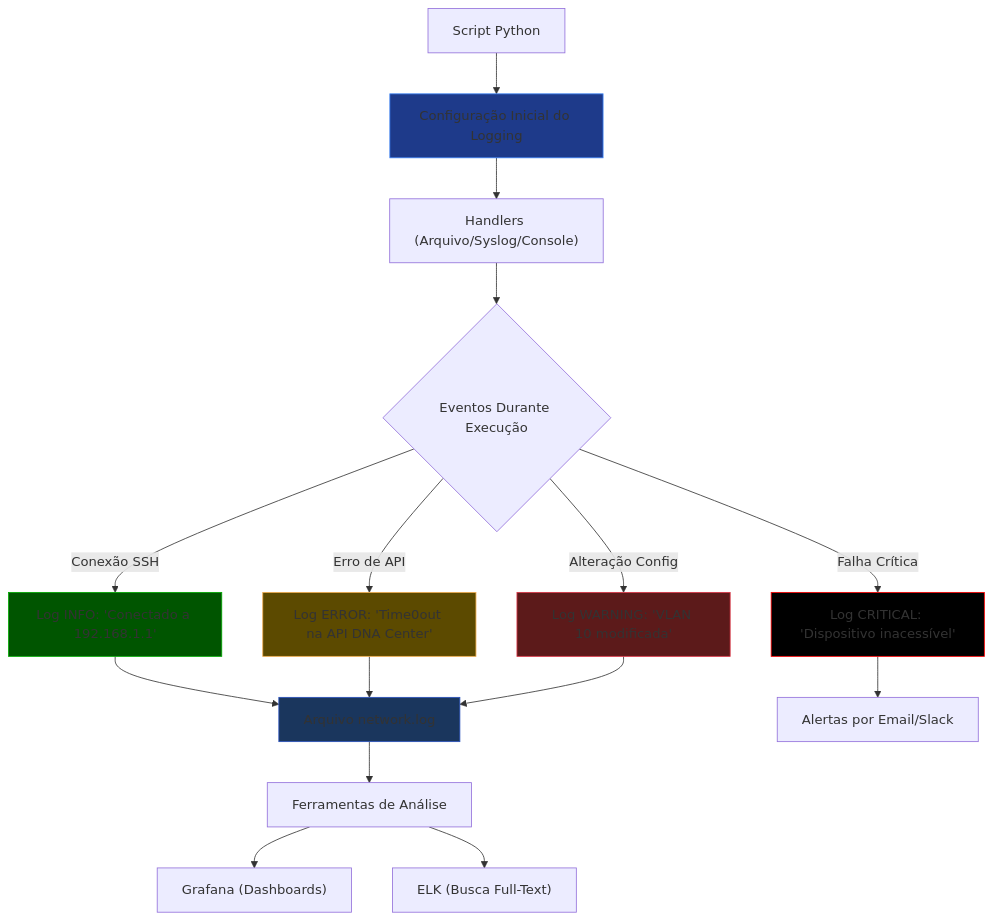
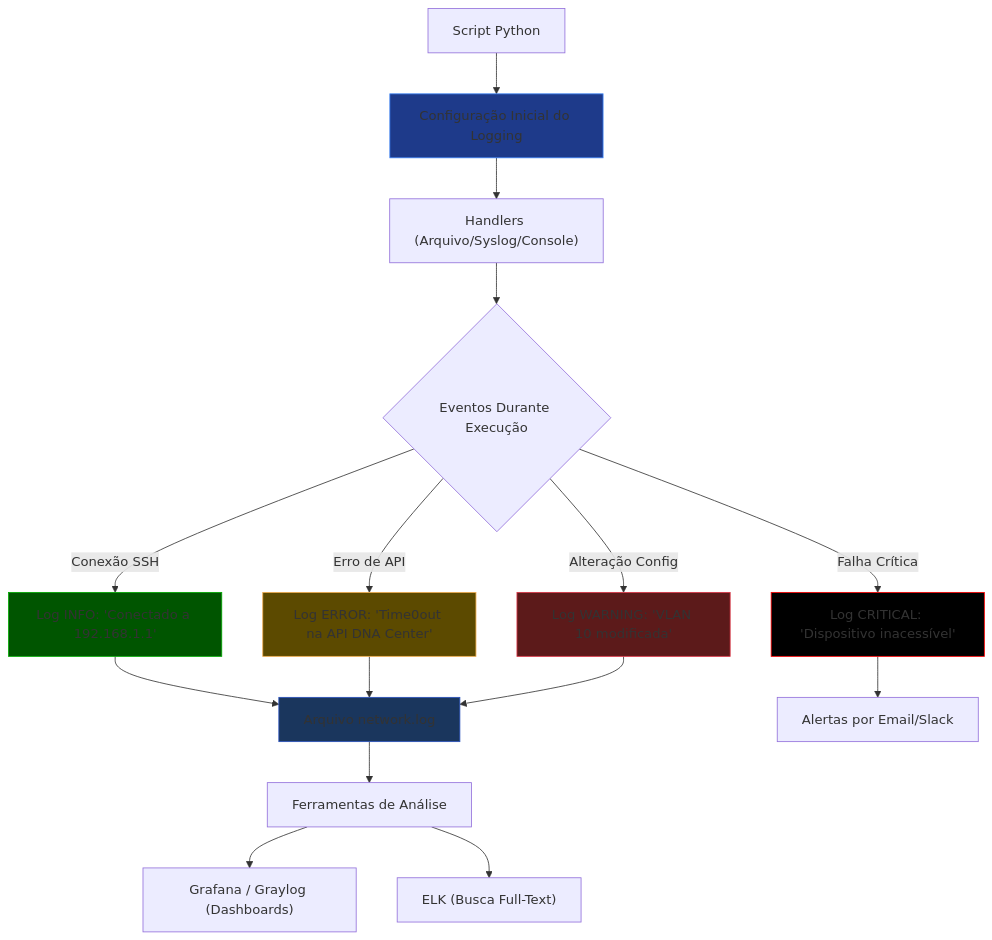
One commit to alcancil/Cisco changed the first of 2 diagrams in CCNP 350-401 ENCOR/06 - Automation/17- Python - Basico 12 - Logging/README.md. Above: the diagram before and after it, drawn with Mermaid. The commit also changed other lines of this file, not shown here.

````diff
--- a/CCNP 350-401 ENCOR/06 - Automation/17- Python - Basico 12 - Logging/README.md
+++ b/CCNP 350-401 ENCOR/06 - Automation/17- Python - Basico 12 - Logging/README.md
@@ -46,24 +46,24 @@
 ```mermaid
 graph TB
     A[Script Python] --> B[Configuração Inicial do Logging]
     B --> C["Handlers (Arquivo/Syslog/Console)"]
     C --> D{"Eventos Durante Execução"}
     D -->|Conexão SSH| E[Log INFO: 'Conectado a 192.168.1.1']
     D -->|Erro de API| F[Log ERROR: 'Time0out na API DNA Center']
     D -->|Alteração Config| G[Log WARNING: 'VLAN 10 modificada']
     D -->|Falha Crítica| H[Log CRITICAL: 'Dispositivo inacessível']
     E --> I[Arquivo network.log]
     F --> I
     G --> I
     H --> J[Alertas por Email/Slack]
     I --> K[Ferramentas de Análise]
-    K --> L["Grafana (Dashboards)"]
+    K --> L["Grafana / Graylog (Dashboards)"]
     K --> M["ELK (Busca Full-Text)"]
 
     style B fill:#1e3a8a,stroke:#3b82f6,color:#FFFFFF  # Configuracao
     style E fill:#005500,stroke:#00AA00,color:#FFFFFF  # INFO
     style F fill:#5c4a00,stroke:#f0ad4e,color:#FFFFFF  # ERROR
     style G fill:#5c1a1a,stroke:#dc3545,color:#FFFFFF  # WARNING
     style H fill:#000000,stroke:#ff0000,color:#FFFFFF  # CRITICAL
     style I fill:#1a365d,stroke:#2a52be,color:#FFFFFF  # Arquivo
 ```
````
